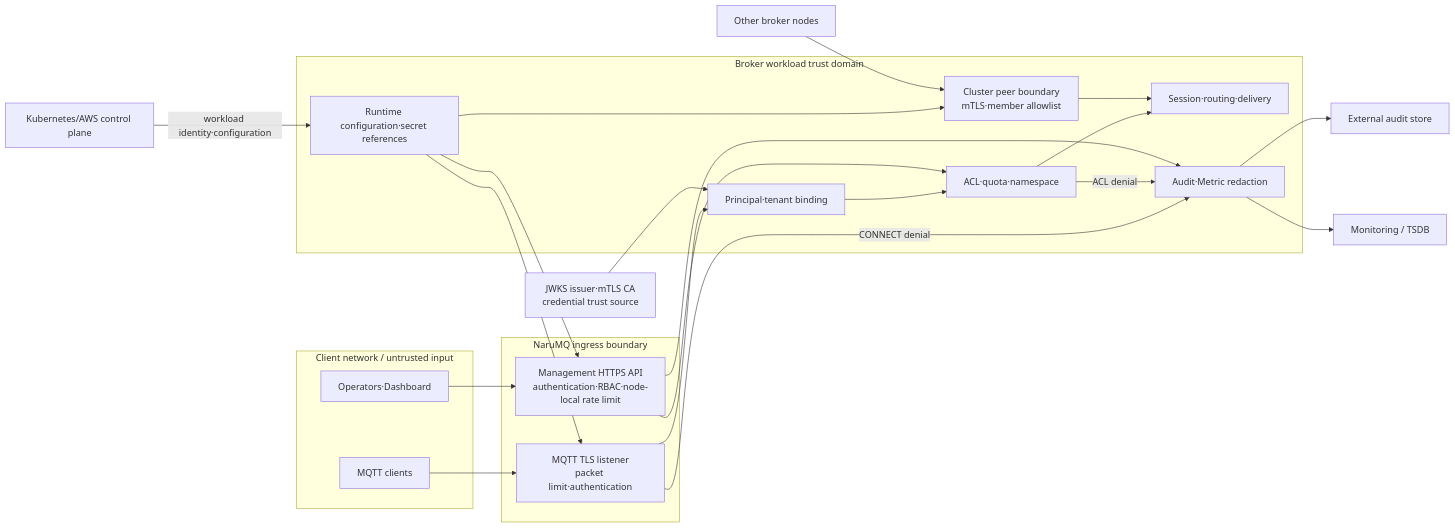
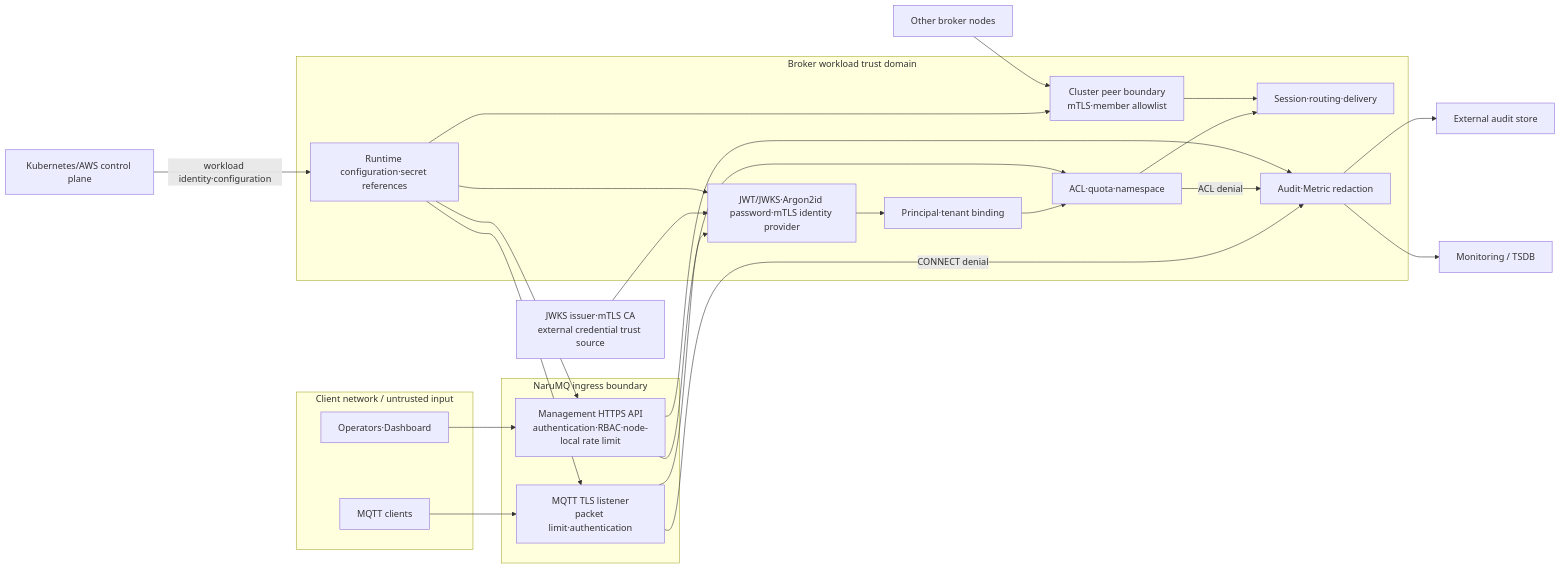
The diagram in docs/architectures/security-boundaries.md (kayden-kim/narumq), drawn with Mermaid before and after one commit. The commit also changed other lines of this file and 43 other files, not shown here.

Commit message:
feat(auth): add MQTT password authentication

````diff
--- a/docs/architectures/security-boundaries.md
+++ b/docs/architectures/security-boundaries.md
@@ -23,46 +23,49 @@
 ```mermaid
 flowchart LR
     subgraph ClientZone["Client network / untrusted input"]
         Clients["MQTT clients"]
         Admins["Operators·Dashboard"]
     end
 
     subgraph EdgeZone["NaruMQ ingress boundary"]
         MQTT["MQTT TLS listener\npacket limit·authentication"]
         API["Management HTTPS API\nauthentication·RBAC·node-local rate limit"]
     end
 
     subgraph WorkloadZone["Broker workload trust domain"]
         Principal["Principal·tenant binding"]
         Policy["ACL·quota·namespace"]
         Domain["Session·routing·delivery"]
         Peer["Cluster peer boundary\nmTLS·member allowlist"]
         Runtime["Runtime configuration·secret references"]
+        Auth["JWT/JWKS·Argon2id password·mTLS identity provider"]
         AuditAdapter["Audit·Metric redaction"]
     end
 
-    IdP["JWKS issuer·mTLS CA\ncredential trust source"]
+    IdP["JWKS issuer·mTLS CA\nexternal credential trust source"]
     K8s["Kubernetes/AWS control plane"]
     Peers["Other broker nodes"]
     Audit["External audit store"]
     Monitor["Monitoring / TSDB"]
 
     Clients --> MQTT
-    MQTT --> Principal
+    MQTT --> Auth
     MQTT -->|"CONNECT denial"| AuditAdapter
-    IdP --> Principal
+    IdP --> Auth
+    Runtime --> Auth
+    Auth --> Principal
     Principal --> Policy
     Policy --> Domain
     Admins --> API
     API --> Policy
     K8s -->|"workload identity·configuration"| Runtime
     Runtime --> MQTT
     Runtime --> API
     Runtime --> Peer
     Peers --> Peer
     Peer --> Domain
     Policy -->|"ACL denial"| AuditAdapter
     API --> AuditAdapter
     AuditAdapter --> Audit
     AuditAdapter --> Monitor
 ```
````
